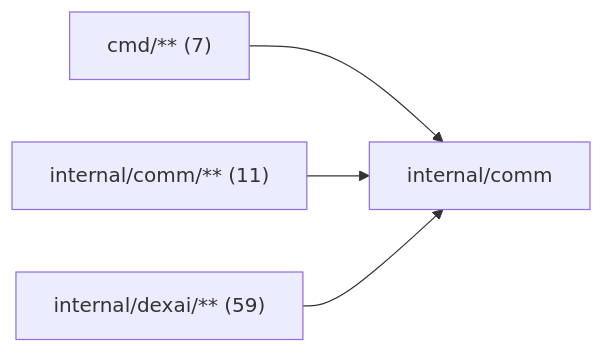
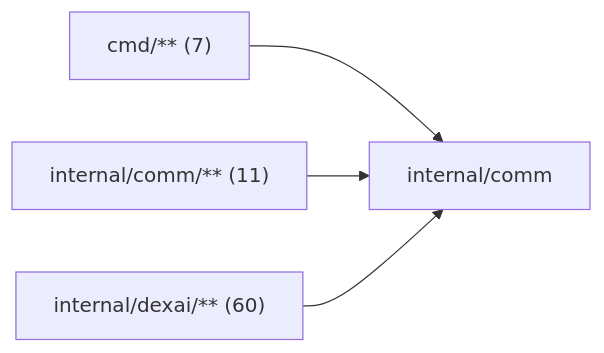
One commit to superdurable/superverse changed the diagram in internal/comm/README.md. Above: the diagram before and after it, drawn with Mermaid. The commit also changed other lines of this file and 226 other files, not shown here.

````diff
--- a/internal/comm/README.md
+++ b/internal/comm/README.md
@@ -10,7 +10,7 @@
 ```mermaid
 flowchart LR
   self["internal/comm"]
   c0["cmd/** (7)"] --> self
   c1["internal/comm/** (11)"] --> self
-  c2["internal/dexai/** (59)"] --> self
+  c2["internal/dexai/** (60)"] --> self
 ```
````
